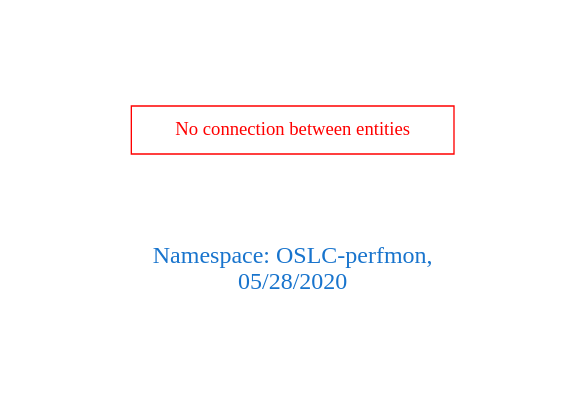
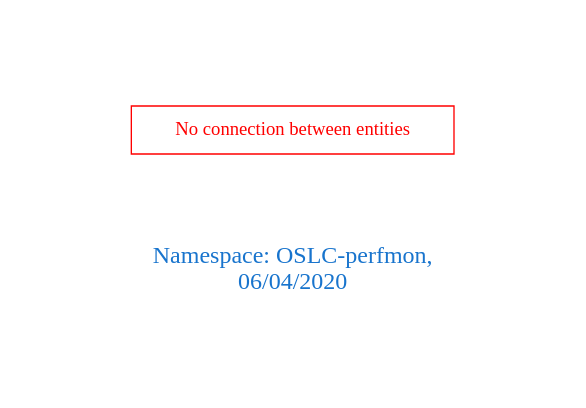
One commit to arago/OGIT changed the diagram in downloads/OSLC-perfmon.dot. Above: the diagram before and after it, drawn with Graphviz. The commit also changed 1715 other files, not shown here.

```diff
--- a/downloads/OSLC-perfmon.dot
+++ b/downloads/OSLC-perfmon.dot
@@ -1,9 +1,9 @@
 digraph OGIT_ontology {
  graph [ rankdir= LR,pad=1 
 fontsize = 18,
-fontcolor= dodgerblue3,label = "\n\n\nNamespace: OSLC-perfmon, \n 05/28/2020"];
+fontcolor= dodgerblue3,label = "\n\n\nNamespace: OSLC-perfmon, \n 06/04/2020"];
 node[shape=polygon];
 edge [  color="gray81"];
 
 "No connection between entities" [fontcolor = "red",color="red", shape="polygon"]
 }
```
